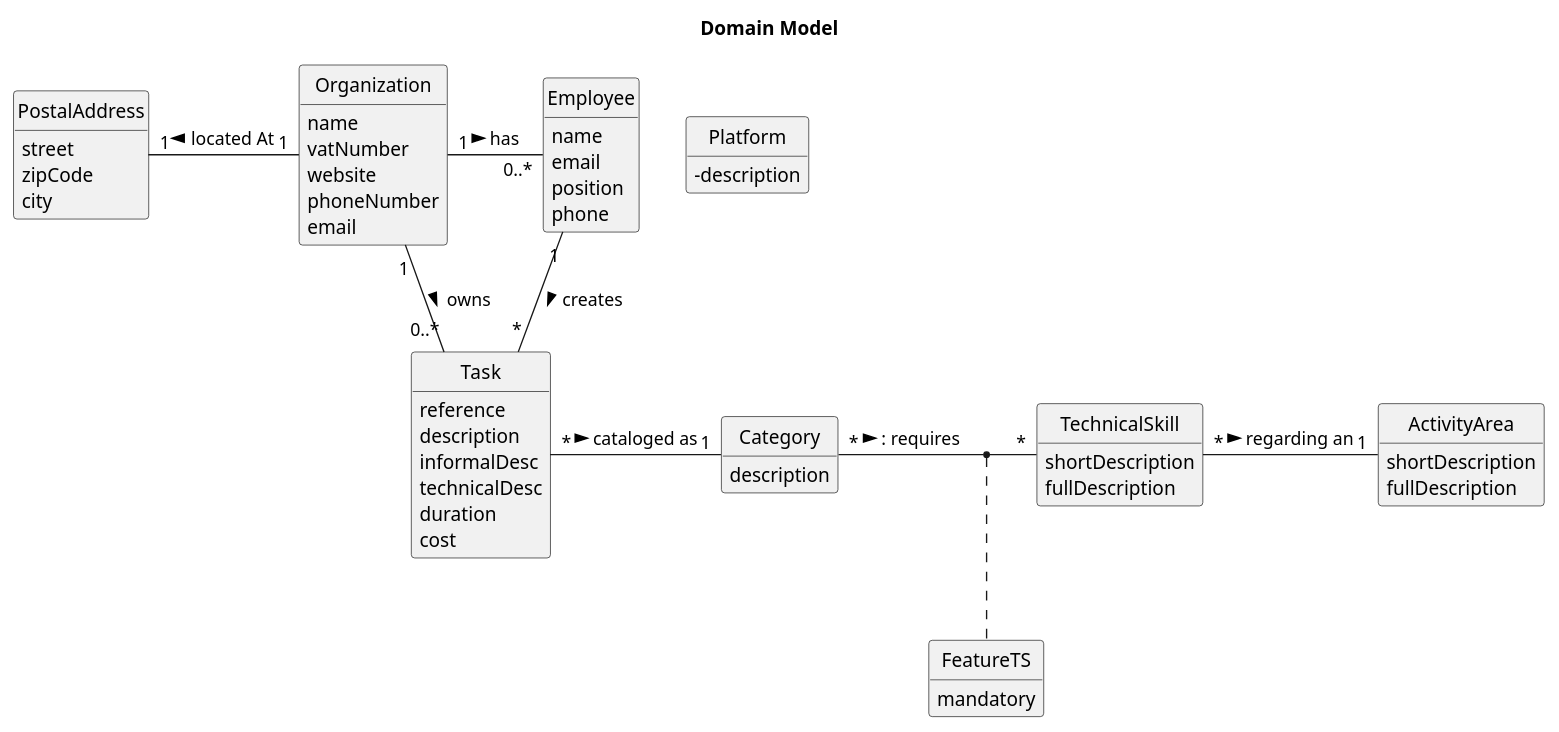
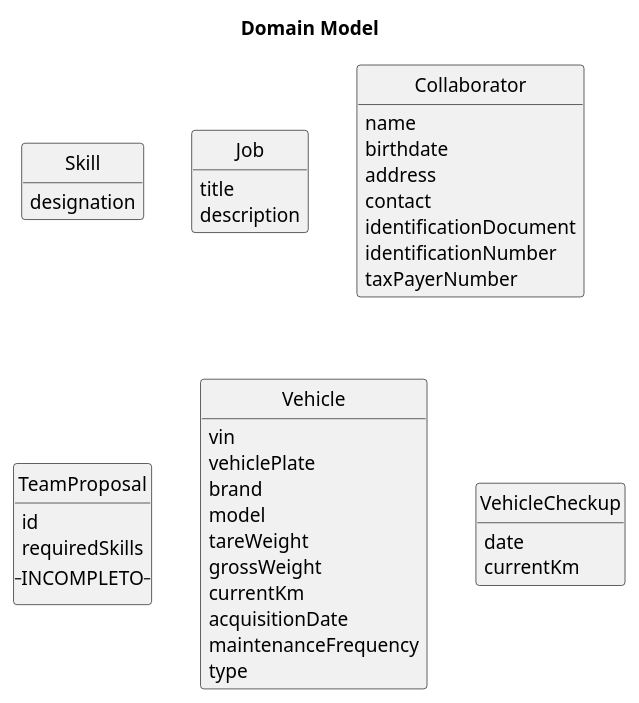
One commit to ricardomm7/leaflink changed the diagram in docs/sprintA/global-artifacts/02.analysis/puml/project-domain-model.puml. Above: the diagram before and after it, drawn with PlantUML.

Commit message:
LFC2-82 <updated with the classes>

```diff
--- a/docs/sprintA/global-artifacts/02.analysis/puml/project-domain-model.puml
+++ b/docs/sprintA/global-artifacts/02.analysis/puml/project-domain-model.puml
@@ -1,84 +1,57 @@
 @startuml
 skinparam monochrome true
 skinparam packageStyle rectangle
 skinparam shadowing false
-'skinparam linetype ortho
-'left to right direction
 skinparam classAttributeIconSize 0
 hide circle
 hide methods
 
 title Domain Model
 
-class Platform {
-  -description
+class Skill {
+    designation
 }
 
-class Organization {
-    name
-    vatNumber
-    website
-    phoneNumber
-    email
-}
-
-class Task {
-    reference
-    description
-    informalDesc
-    technicalDesc
-    duration
-    cost
-}
-
-class Category {
+class Job {
+    title
     description
 }
 
-class Employee {
+class Collaborator {
     name
-    email
-    position
-    phone
+    birthdate
+    address
+    contact
+    identificationDocument
+    identificationNumber
+    taxPayerNumber
 }
 
-class TechnicalSkill{
-    shortDescription
-    fullDescription
+class TeamProposal {
+    id
+    requiredSkills
+    --INCOMPLETO--
 }
 
-class ActivityArea{
-    shortDescription
-    fullDescription
+class Vehicle {
+    vin
+    vehiclePlate
+    brand
+    model
+    tareWeight
+    grossWeight
+    currentKm
+    acquisitionDate
+    maintenanceFrequency
+    type
 }
 
-class FeatureTS{
-    mandatory
+class VehicleCheckup{
+    date
+    currentKm
 }
 
-'class User {
-'    name
-'    email
-'    password
-'}
-class PostalAddress{
-    street
-    zipCode
-    city
-}
-'Platform "1" -- "*" Organization : has registered >
-'Platform "1" -- "*" Category : defines >
-Organization "1" - "0..*" Employee : has >
-Organization "1" - "0..*" Task: owns >
-'Task "*" -- "1" Employee: created by >
-Employee "1" -- "*" Task : creates >
-'Employee "0..1" -- "1" User: acts as >
-Task "*" - "1" Category: cataloged as >
-TechnicalSkill "*" - "1" ActivityArea: regarding an >
-
-Category "*" - "*" TechnicalSkill :  : requires >
-(Category, TechnicalSkill) . FeatureTS
-
-Organization "1" -left "1" PostalAddress : located At >
+'Organization "1" - "0..*" Employee : has >
+'Organization "1" - "0..*" Task: owns >
 
 @enduml
```
